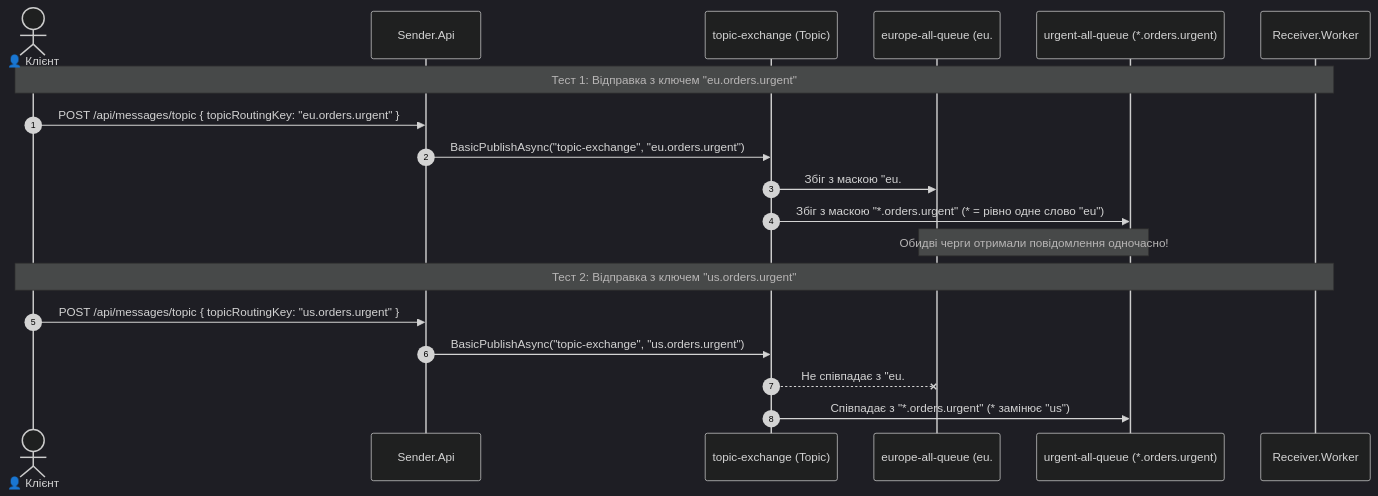
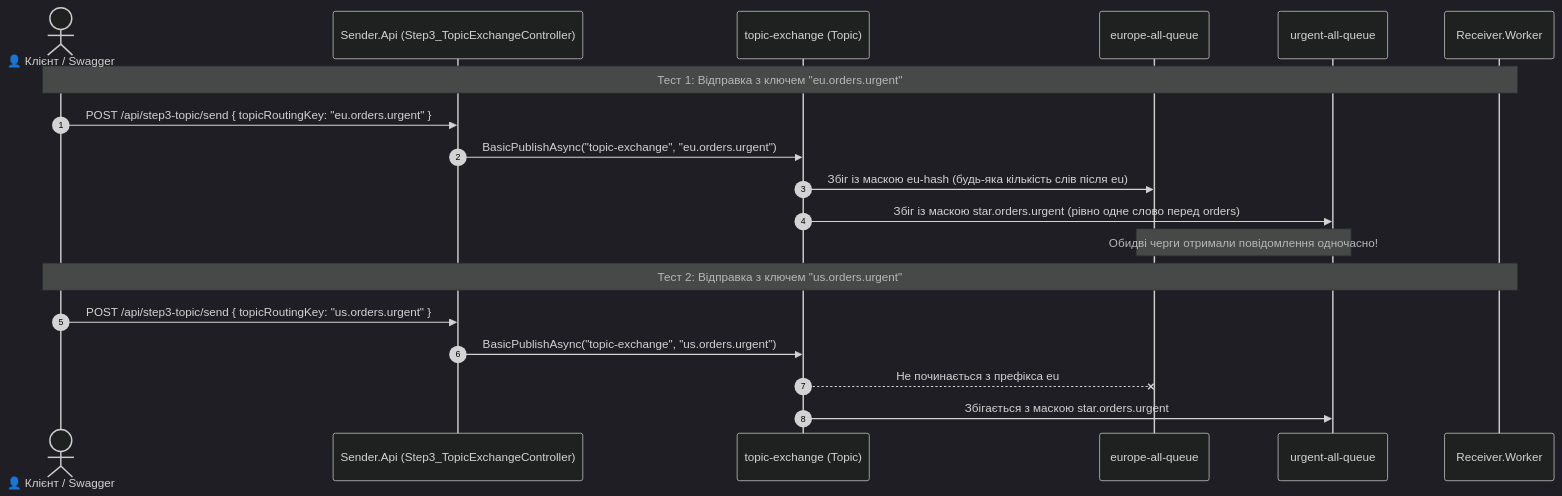
One commit to MrTomkaYurii/Microservices-Aspire-Mastery changed the fifth of 6 diagrams in 03-RabbitMQ-LowLevel/STRUCTURE-AND-DATA-FLOW.md. Above: the diagram before and after it, drawn with Mermaid (dark theme). The commit also changed other lines of this file and 49 other files, not shown here.

````diff
--- a/03-RabbitMQ-LowLevel/STRUCTURE-AND-DATA-FLOW.md
+++ b/03-RabbitMQ-LowLevel/STRUCTURE-AND-DATA-FLOW.md
@@ -167,23 +190,23 @@
 ```mermaid
 sequenceDiagram
     autonumber
-    actor Client as 👤 Клієнт
-    participant Sender as Sender.Api
+    actor Client as 👤 Клієнт / Swagger
+    participant Sender as Sender.Api (Step3_TopicExchangeController)
     participant TopicEx as topic-exchange (Topic)
-    participant Q_EU as europe-all-queue (eu.#)
-    participant Q_Urg as urgent-all-queue (*.orders.urgent)
+    participant Q_EU as europe-all-queue
+    participant Q_Urg as urgent-all-queue
     participant Worker as Receiver.Worker
 
     Note over Client,Worker: Тест 1: Відправка з ключем "eu.orders.urgent"
-    Client->>Sender: POST /api/messages/topic { topicRoutingKey: "eu.orders.urgent" }
+    Client->>Sender: POST /api/step3-topic/send { topicRoutingKey: "eu.orders.urgent" }
     Sender->>TopicEx: BasicPublishAsync("topic-exchange", "eu.orders.urgent")
-    TopicEx->>Q_EU: Збіг з маскою "eu.#" (# = будь-яка к-сть слів)
-    TopicEx->>Q_Urg: Збіг з маскою "*.orders.urgent" (* = рівно одне слово "eu")
+    TopicEx->>Q_EU: Збіг із маскою eu-hash (будь-яка кількість слів після eu)
+    TopicEx->>Q_Urg: Збіг із маскою star.orders.urgent (рівно одне слово перед orders)
     Note over Q_EU,Q_Urg: Обидві черги отримали повідомлення одночасно!
 
     Note over Client,Worker: Тест 2: Відправка з ключем "us.orders.urgent"
-    Client->>Sender: POST /api/messages/topic { topicRoutingKey: "us.orders.urgent" }
+    Client->>Sender: POST /api/step3-topic/send { topicRoutingKey: "us.orders.urgent" }
     Sender->>TopicEx: BasicPublishAsync("topic-exchange", "us.orders.urgent")
-    TopicEx--xQ_EU: Не співпадає з "eu.#"
-    TopicEx->>Q_Urg: Співпадає з "*.orders.urgent" (* замінює "us")
+    TopicEx--xQ_EU: Не починається з префікса eu
+    TopicEx->>Q_Urg: Збігається з маскою star.orders.urgent
 ```
````
